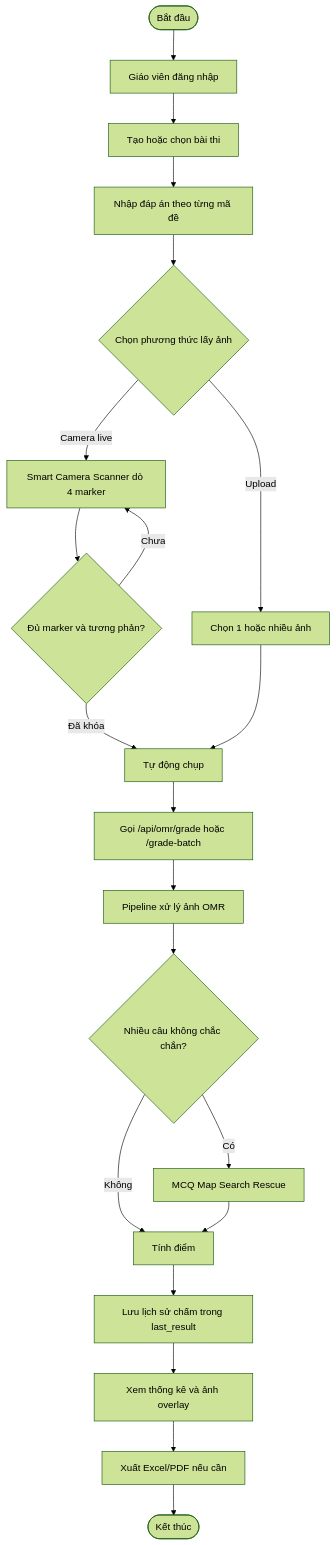
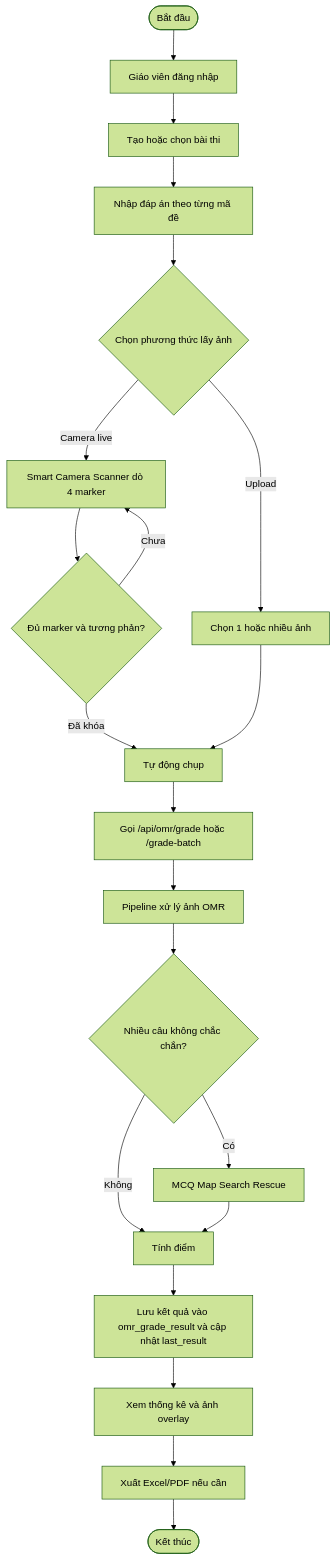
One commit to Dung20225817/DATN changed the second of 15 diagrams in DATN.md. Above: the diagram before and after it, drawn with Mermaid (forest theme). The commit also changed other lines of this file and 29 other files, not shown here.

````diff
--- a/DATN.md
+++ b/DATN.md
@@ -314,23 +304,23 @@
 ```mermaid
 flowchart TD
     A([Bắt đầu]) --> B[Giáo viên đăng nhập]
     B --> C[Tạo hoặc chọn bài thi]
     C --> D[Nhập đáp án theo từng mã đề]
     D --> E{Chọn phương thức lấy ảnh}
     E -->|Camera live| F[Smart Camera Scanner dò 4 marker]
     E -->|Upload| G[Chọn 1 hoặc nhiều ảnh]
     F --> H{Đủ marker và tương phản?}
     H -->|Chưa| F
     H -->|Đã khóa| I[Tự động chụp]
     G --> I
     I --> J[Gọi /api/omr/grade hoặc /grade-batch]
     J --> K[Pipeline xử lý ảnh OMR]
     K --> L{Nhiều câu không chắc chắn?}
     L -->|Có| M[MCQ Map Search Rescue]
     L -->|Không| N[Tính điểm]
     M --> N
-    N --> O[Lưu lịch sử chấm trong last_result]
+    N --> O[Lưu kết quả vào omr_grade_result và cập nhật last_result]
     O --> P[Xem thống kê và ảnh overlay]
     P --> Q[Xuất Excel/PDF nếu cần]
     Q --> R([Kết thúc])
 ```
````
